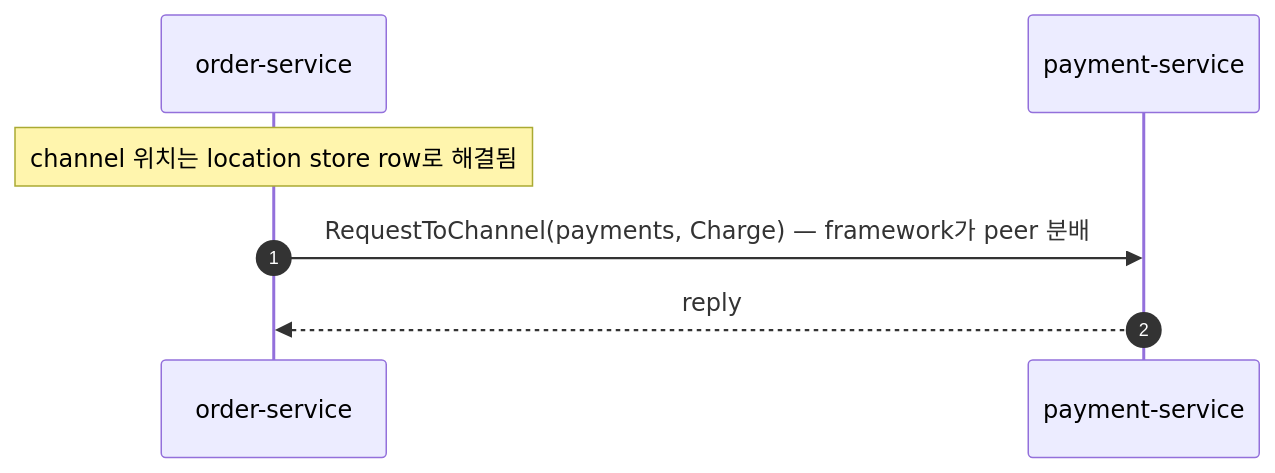
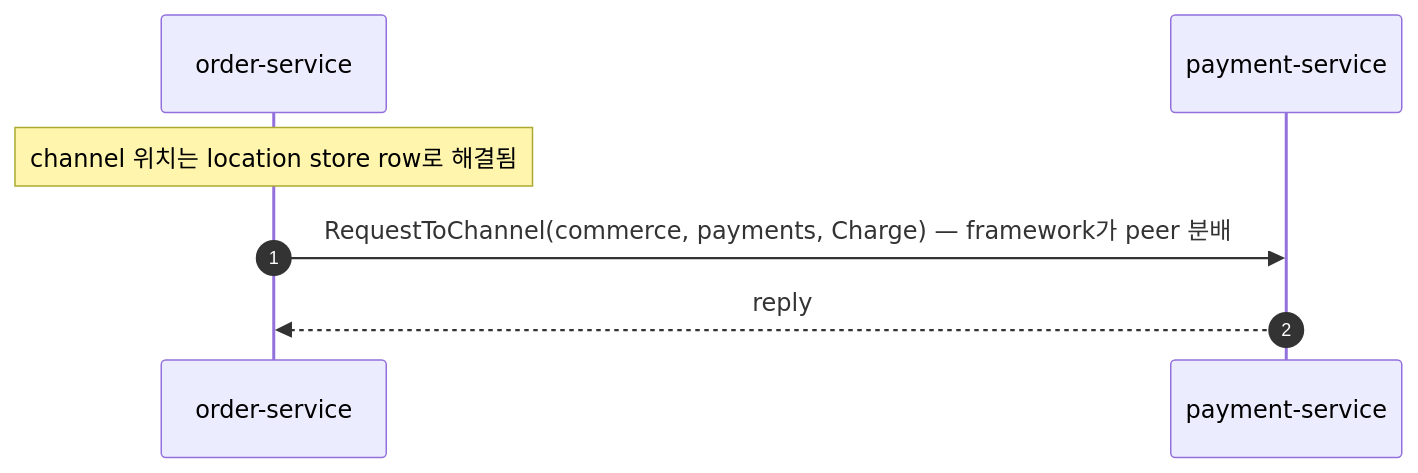
Before and after one commit to kairos-code-dev/zlink: the fourth of 4 diagrams in framework/doc/framework/dotnet/guide/14-grpc-alternative.ko.md, drawn with Mermaid. The commit also changed other lines of this file and 2 other files, not shown here.

````diff
--- a/framework/doc/framework/dotnet/guide/14-grpc-alternative.ko.md
+++ b/framework/doc/framework/dotnet/guide/14-grpc-alternative.ko.md
@@ -243,9 +243,9 @@
 ```mermaid
 sequenceDiagram
   autonumber
   participant A as order-service
   participant B as payment-service
   Note over A: channel 위치는 location store row로 해결됨
-  A->>B: RequestToChannel(payments, Charge) — framework가 peer 분배
+  A->>B: RequestToChannel(commerce, payments, Charge) — framework가 peer 분배
   B-->>A: reply
 ```
````
